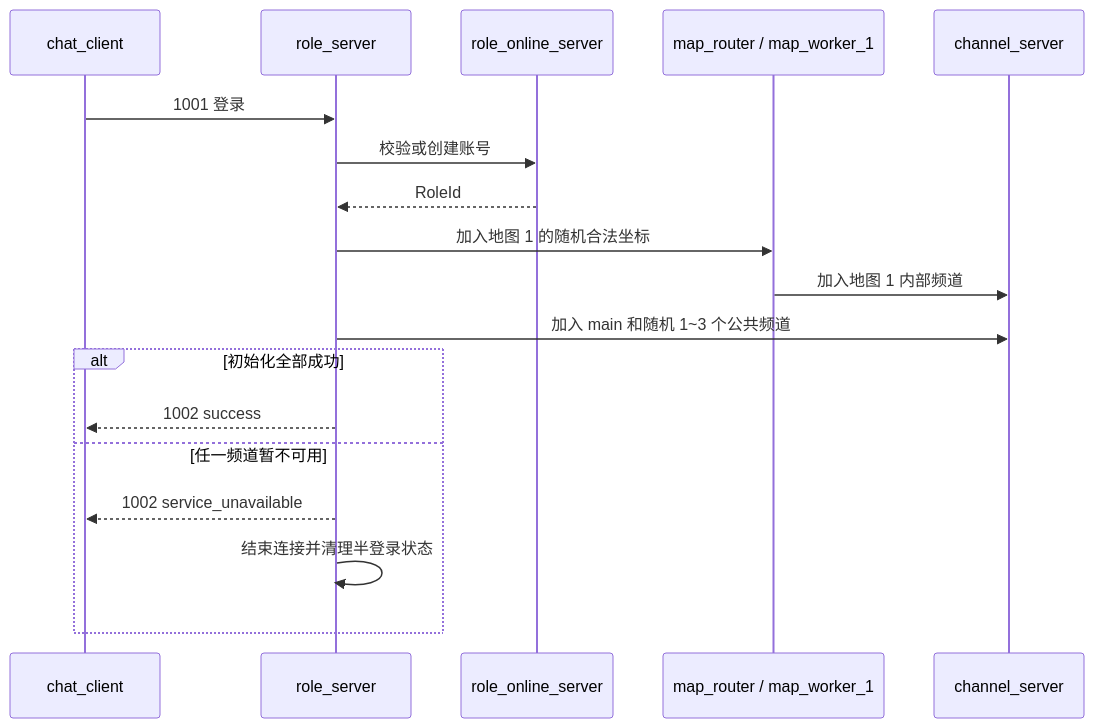
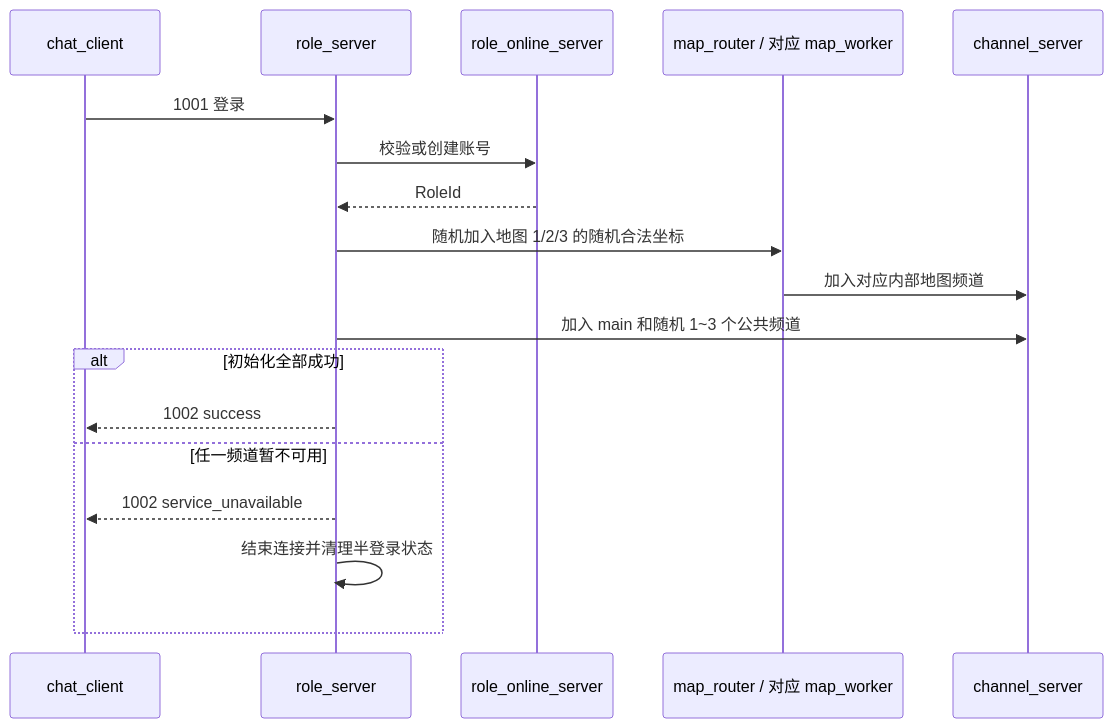
The third of 6 diagrams in docs/Chat V1.3 设计文档.md (chrison18/erlang-game-chat-server), drawn with Mermaid before and after one commit. The commit also changed other lines of this file and 21 other files, not shown here.

First line of the commit message:
feat(v1.3): 完成多地图聊天与万客户端容量改造

````diff
--- a/docs/Chat V1.3 设计文档.md
+++ b/docs/Chat V1.3 设计文档.md
@@ -105,21 +113,21 @@
 ```mermaid
 sequenceDiagram
     participant C as chat_client
     participant R as role_server
     participant O as role_online_server
-    participant M as map_router / map_worker_1
+    participant M as map_router / 对应 map_worker
     participant CH as channel_server
 
     C->>R: 1001 登录
     R->>O: 校验或创建账号
     O-->>R: RoleId
-    R->>M: 加入地图 1 的随机合法坐标
-    M->>CH: 加入地图 1 内部频道
+    R->>M: 随机加入地图 1/2/3 的随机合法坐标
+    M->>CH: 加入对应内部地图频道
     R->>CH: 加入 main 和随机 1~3 个公共频道
     alt 初始化全部成功
         R-->>C: 1002 success
     else 任一频道暂不可用
         R-->>C: 1002 service_unavailable
         R->>R: 结束连接并清理半登录状态
     end
 ```
````
